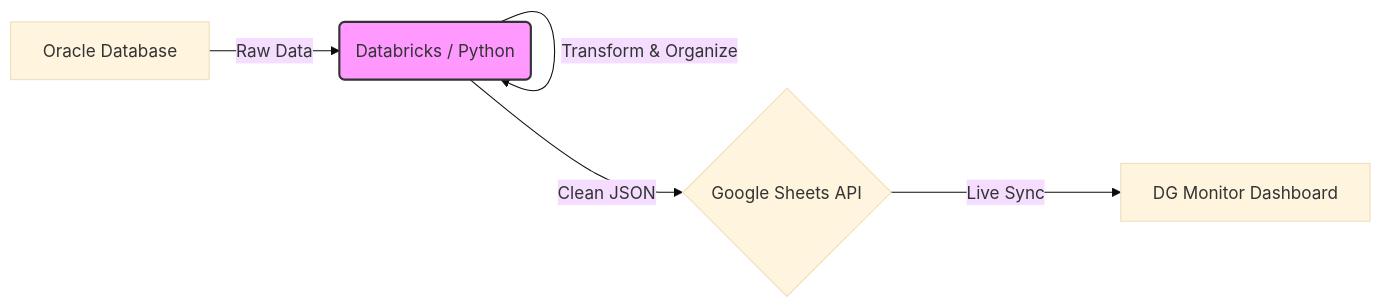
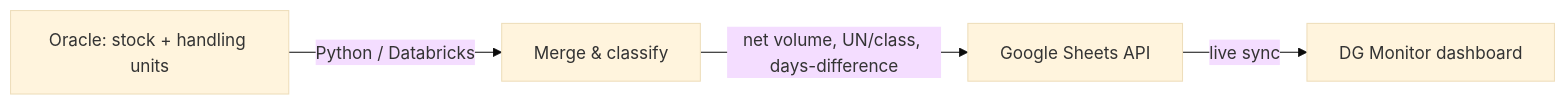
Before and after one commit to Hari-prasanna/work-prod-projects: the diagram in prod-projects/looker-reporting-etl/dg-compliance-pipeline/README.md, drawn with Mermaid (base theme). The commit also changed other lines of this file and 46 other files, not shown here.

````diff
--- a/prod-projects/looker-reporting-etl/dg-compliance-pipeline/README.md
+++ b/prod-projects/looker-reporting-etl/dg-compliance-pipeline/README.md
@@ -13,8 +14,6 @@
 ```mermaid
 graph LR
-    A[Oracle Database] -->|Raw Data| B(Databricks / Python);
-    B -->|Transform & Organize| B;
-    B -->|Clean JSON| C{Google Sheets API};
-    C -->|Live Sync| D[DG Monitor Dashboard];
-    style B fill:#f9f,stroke:#333,stroke-width:2px
+    A[Oracle: stock + handling units] -->|Python / Databricks| B[Merge & classify]
+    B -->|net volume, UN/class, days-difference| C[Google Sheets API]
+    C -->|live sync| D[DG Monitor dashboard]
 ```
````
